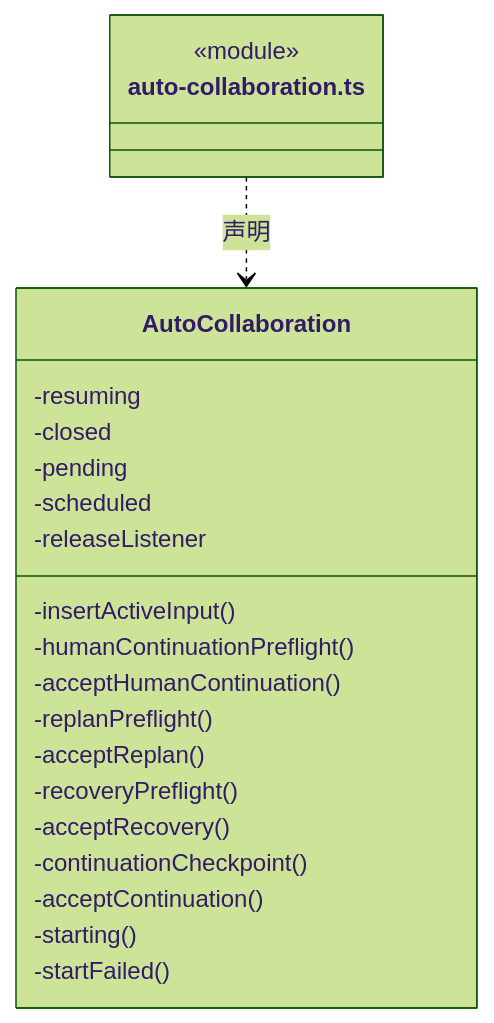
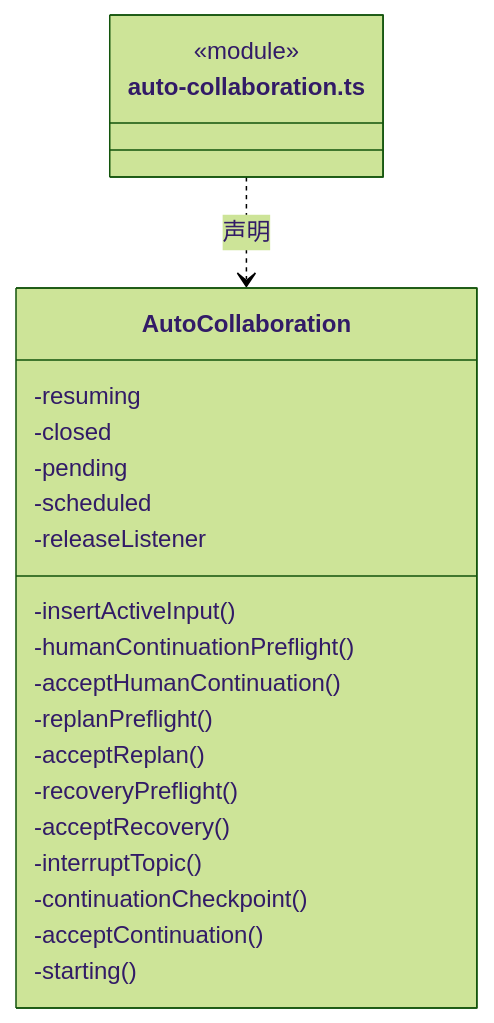
The third of 15 diagrams in src/logic/dispatch/runtime/ARCHITECTURE.md (nan023062/cbim), drawn with Mermaid (forest theme) before and after one commit. The commit also changed other lines of this file and 50 other files, not shown here.

````diff
--- a/src/logic/dispatch/runtime/ARCHITECTURE.md
+++ b/src/logic/dispatch/runtime/ARCHITECTURE.md
@@ -117,25 +118,25 @@
 ```mermaid
 classDiagram
 class N_src_logic_dispatch_runtime_auto_collaboration_ts["auto-collaboration.ts"] {
   <<module>>
 }
 class N_src_logic_dispatch_runtime_auto_collaboration_ts_AutoCollaboration["AutoCollaboration"] {
   -resuming
   -closed
   -pending
   -scheduled
   -releaseListener
   -insertActiveInput()
   -humanContinuationPreflight()
   -acceptHumanContinuation()
   -replanPreflight()
   -acceptReplan()
   -recoveryPreflight()
   -acceptRecovery()
+  -interruptTopic()
   -continuationCheckpoint()
   -acceptContinuation()
   -starting()
-  -startFailed()
 }
 N_src_logic_dispatch_runtime_auto_collaboration_ts ..> N_src_logic_dispatch_runtime_auto_collaboration_ts_AutoCollaboration : 声明
 ```
````
